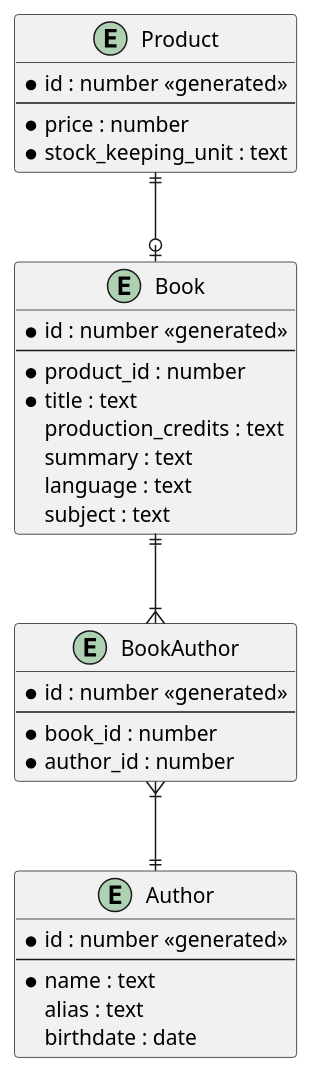
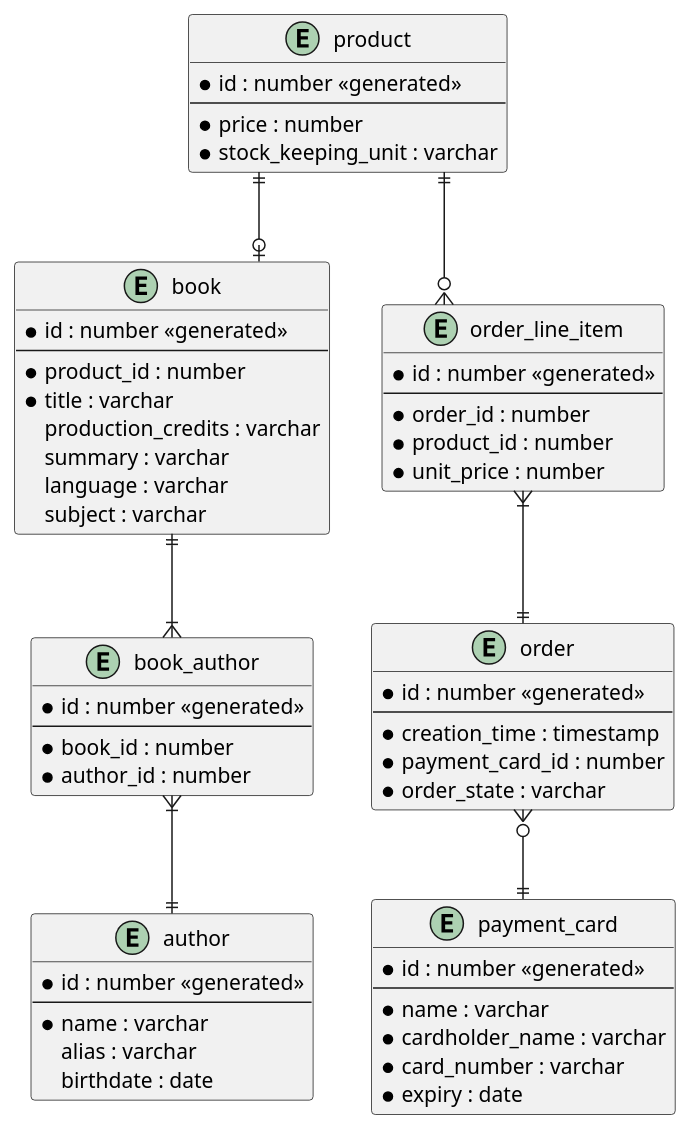
Before and after one commit to dtmo/bookshop: the diagram in docs/design/book_shop_entity_relationship_diagram.plantuml, drawn with PlantUML. The commit also changed 2 other files, not shown here.

Commit message:
wip: diagram updates

```diff
--- a/docs/design/book_shop_entity_relationship_diagram.plantuml
+++ b/docs/design/book_shop_entity_relationship_diagram.plantuml
@@ -1,43 +1,73 @@
 @startuml
 
 skinparam Linetype ortho
 
-entity Product {
+entity product {
     * id : number <<generated>>
     --
     * price : number
-    * stock_keeping_unit : text
+    * stock_keeping_unit : varchar
 }
 
-entity Author {
+entity author {
     * id : number <<generated>>
     --
-    * name : text
-    alias : text
+    * name : varchar
+    alias : varchar
     birthdate : date
 }
 
-entity Book {
+entity book {
     * id : number <<generated>>
     --
     * product_id : number
-    * title : text
-    production_credits : text
-    summary : text
-    language : text
-    subject : text
+    * title : varchar
+    production_credits : varchar
+    summary : varchar
+    language : varchar
+    subject : varchar
 }
 
-Product ||--o| Book
+product ||--o| book
 
-entity BookAuthor {
+entity book_author {
     * id : number <<generated>>
     --
     * book_id : number
     * author_id : number
 }
 
-Book ||--|{ BookAuthor
-BookAuthor }|--|| Author
+book ||--|{ book_author
+book_author }|--|| author
+
+entity payment_card {
+    * id : number <<generated>>
+    --
+    * name : varchar
+    * cardholder_name : varchar
+    * card_number : varchar
+    * expiry : date
+}
+
+entity order {
+    * id : number <<generated>>
+    --
+    * creation_time : timestamp
+    * payment_card_id : number
+    * order_state : varchar
+}
+
+order }o--|| payment_card
+
+entity order_line_item {
+    * id : number <<generated>>
+    --
+    * order_id : number
+    * product_id : number
+    * unit_price : number
+}
+
+order_line_item }|--|| order
+product ||--o{ order_line_item
 
 @enduml
```
